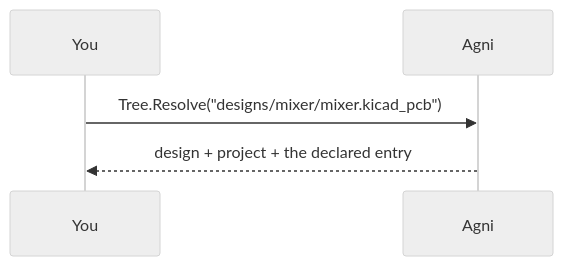
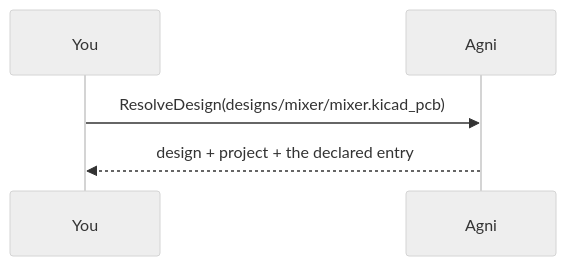
One commit to panyam/agni changed the second of 2 diagrams in examples/resolve-design/walkthrough.md. Above: the diagram before and after it, drawn with Mermaid (neutral theme). The commit also changed other lines of this file and 25 other files, not shown here.

````diff
--- a/examples/resolve-design/walkthrough.md
+++ b/examples/resolve-design/walkthrough.md
@@ -39,5 +39,5 @@
 ```mermaid
 sequenceDiagram
-You ->> Agni: Tree.Resolve("designs/mixer/mixer.kicad_pcb")
+You ->> Agni: ResolveDesign(designs/mixer/mixer.kicad_pcb)
 Agni -->> You: design + project + the declared entry
 ```
````
